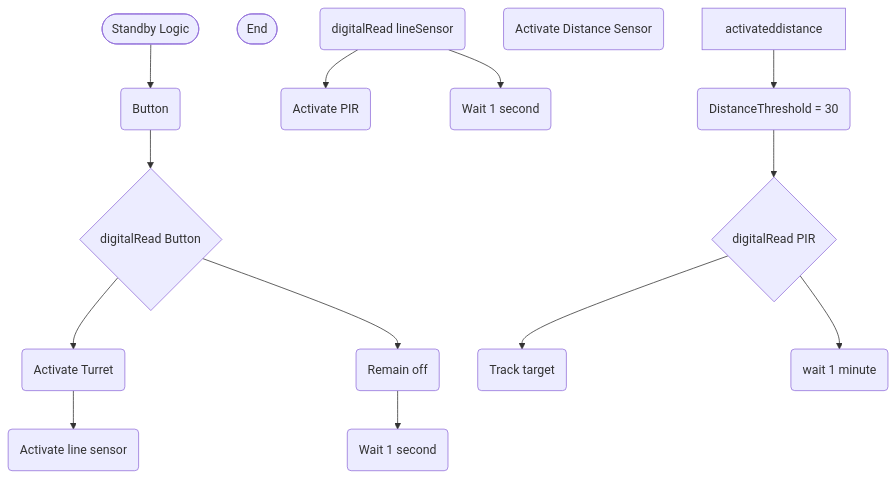
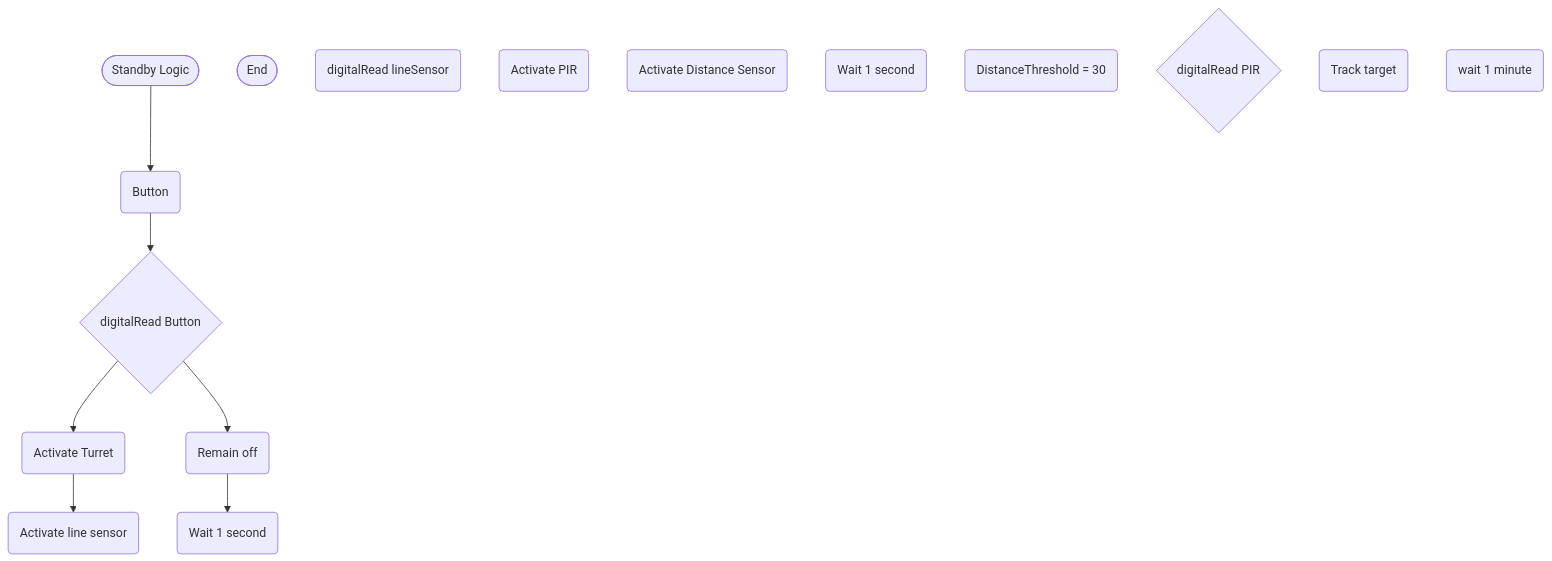
The diagram in logic.md (Zac2259/Smart-Turret), drawn with Mermaid before and after one commit.

````diff
--- a/logic.md
+++ b/logic.md
@@ -1,34 +1,29 @@
  ```mermaid
  flowchart TD
  %%standby logic
 terminalStart([Standby Logic])
  terminalEnd([End])
  Button(Button)
 Buttontrigger{digitalRead Button}
 activateturret(Activate Turret)
 activatesensor(Activate line sensor)
 remainoff(Remain off)
 loop(Wait 1 second)
 %%Tracking logic
 Readline(digitalRead lineSensor)
 activatepir(Activate PIR)
 activatedistance(Activate Distance Sensor)
 loop2(Wait 1 second)
 distance(DistanceThreshold = 30)
 ReadPIR{digitalRead PIR}
 track(Track target)
 loop3(wait 1 minute)
 %%Firing
 terminalStart --> Button
 Button --> Buttontrigger
 Buttontrigger --> activateturret
 activateturret --> activatesensor
 Buttontrigger --> remainoff
 remainoff --> loop
-Readline --> activatepir
-Readline --> loop2
-activateddistance --> distance
-distance --> ReadPIR
-ReadPIR --> track
-ReadPIR --> loop3
+
  ```
````
